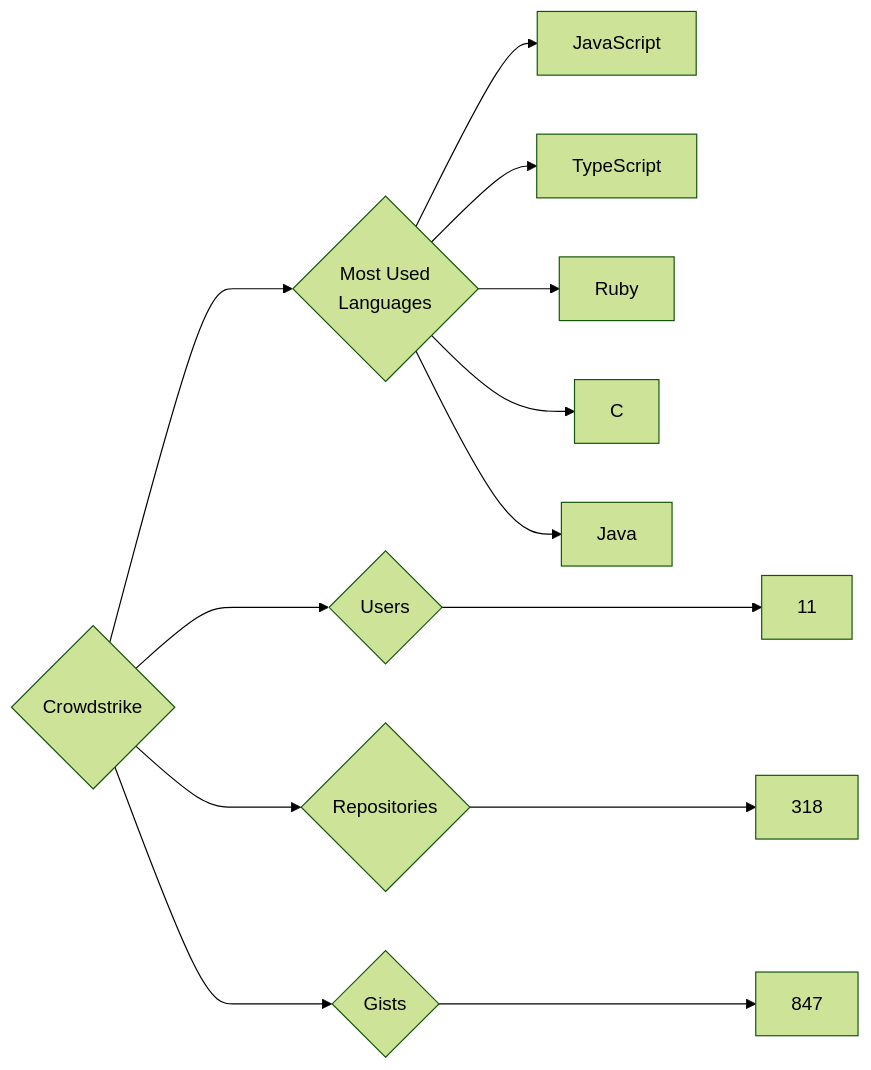
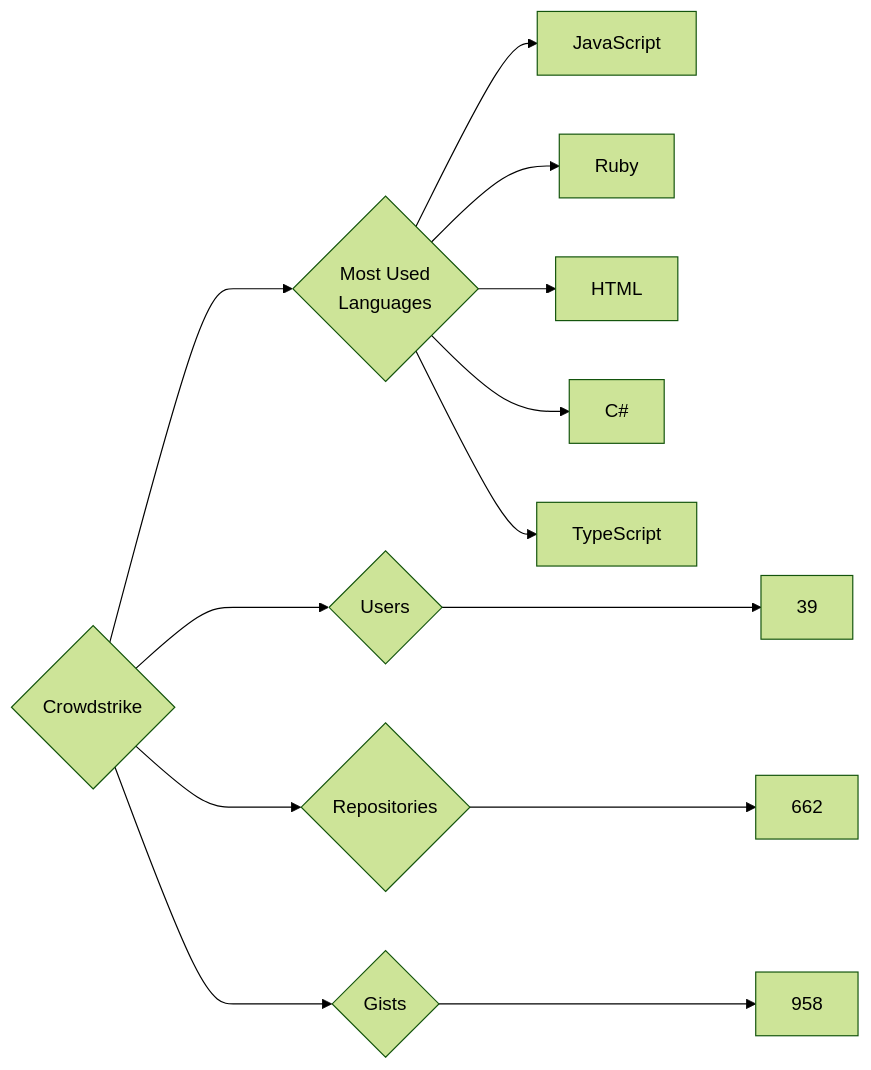
The diagram in targets/Crowdstrike/README.md (trickest/insiders), drawn with Mermaid (forest theme) before and after one commit. The commit also changed 748 other files, not shown here.

````diff
--- a/targets/Crowdstrike/README.md
+++ b/targets/Crowdstrike/README.md
@@ -3,13 +3,13 @@
 ```mermaid
 graph LR
 COMPANY_NAME{Crowdstrike}
-COMPANY_NAME ---> U{Users} ---> UN[11]
-COMPANY_NAME ---> R{Repositories} ---> RN[318]
-COMPANY_NAME ---> G{Gists} ---> GN[847]
+COMPANY_NAME ---> U{Users} ---> UN[39]
+COMPANY_NAME ---> R{Repositories} ---> RN[662]
+COMPANY_NAME ---> G{Gists} ---> GN[958]
 COMPANY_NAME ---> ML{Most Used<br>Languages}
 ML --> JavaScript[JavaScript]
+ML --> Ruby[Ruby]
+ML --> HTML[HTML]
+ML --> C#[C#]
 ML --> TypeScript[TypeScript]
-ML --> Ruby[Ruby]
-ML --> C[C]
-ML --> Java[Java]
 ```
````
